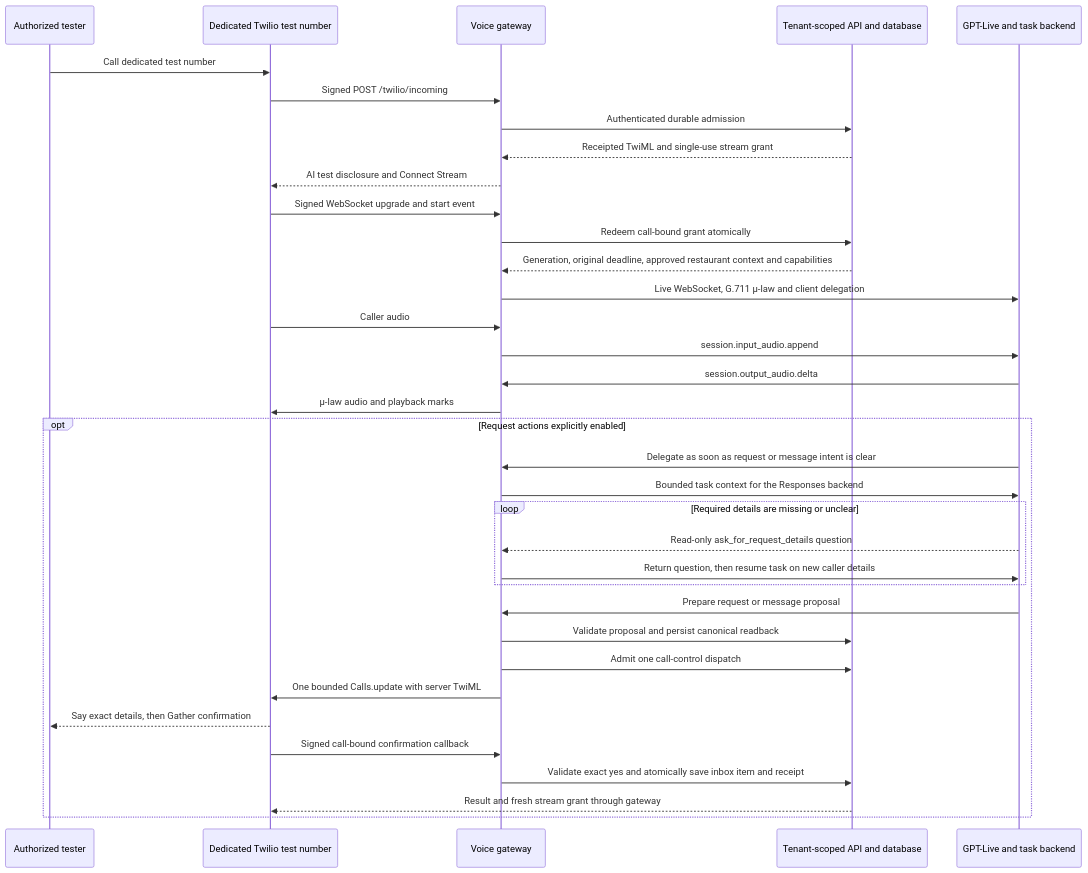
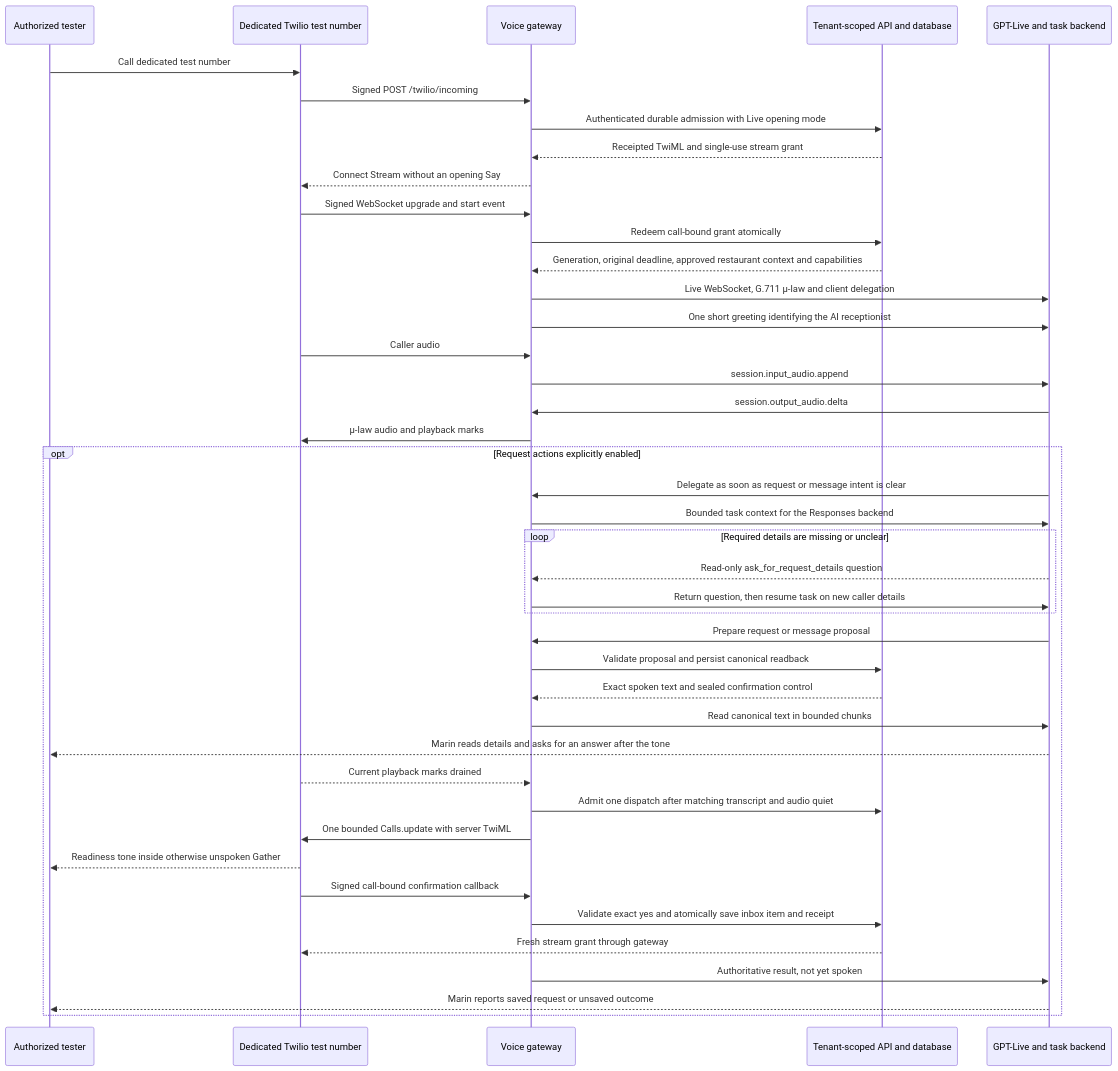
Before and after one commit to SahilWikhe/IVR_POC: the diagram in docs/VOICE_SETUP.md, drawn with Mermaid. The commit also changed other lines of this file and 25 other files, not shown here.

First line of the commit message:
feat: unify GPT-Live call voice and improve diagnostics

````diff
--- a/docs/VOICE_SETUP.md
+++ b/docs/VOICE_SETUP.md
@@ -15,37 +15,44 @@
 ```mermaid
 sequenceDiagram
     participant Caller as Authorized tester
     participant Twilio as Dedicated Twilio test number
     participant Gateway as Voice gateway
     participant API as Tenant-scoped API and database
     participant OpenAI as GPT-Live and task backend
     Caller->>Twilio: Call dedicated test number
     Twilio->>Gateway: Signed POST /twilio/incoming
-    Gateway->>API: Authenticated durable admission
+    Gateway->>API: Authenticated durable admission with Live opening mode
     API-->>Gateway: Receipted TwiML and single-use stream grant
-    Gateway-->>Twilio: AI test disclosure and Connect Stream
+    Gateway-->>Twilio: Connect Stream without an opening Say
     Twilio->>Gateway: Signed WebSocket upgrade and start event
     Gateway->>API: Redeem call-bound grant atomically
     API-->>Gateway: Generation, original deadline, approved restaurant context and capabilities
     Gateway->>OpenAI: Live WebSocket, G.711 μ-law and client delegation
+    Gateway->>OpenAI: One short greeting identifying the AI receptionist
     Twilio->>Gateway: Caller audio
     Gateway->>OpenAI: session.input_audio.append
     OpenAI->>Gateway: session.output_audio.delta
     Gateway->>Twilio: μ-law audio and playback marks
     opt Request actions explicitly enabled
         OpenAI->>Gateway: Delegate as soon as request or message intent is clear
         Gateway->>OpenAI: Bounded task context for the Responses backend
         loop Required details are missing or unclear
             OpenAI-->>Gateway: Read-only ask_for_request_details question
             Gateway->>OpenAI: Return question, then resume task on new caller details
         end
         OpenAI->>Gateway: Prepare request or message proposal
         Gateway->>API: Validate proposal and persist canonical readback
-        Gateway->>API: Admit one call-control dispatch
+        API-->>Gateway: Exact spoken text and sealed confirmation control
+        Gateway->>OpenAI: Read canonical text in bounded chunks
+        OpenAI-->>Caller: Marin reads details and asks for an answer after the tone
+        Twilio-->>Gateway: Current playback marks drained
+        Gateway->>API: Admit one dispatch after matching transcript and audio quiet
         Gateway->>Twilio: One bounded Calls.update with server TwiML
-        Twilio-->>Caller: Say exact details, then Gather confirmation
+        Twilio-->>Caller: Readiness tone inside otherwise unspoken Gather
         Twilio->>Gateway: Signed call-bound confirmation callback
         Gateway->>API: Validate exact yes and atomically save inbox item and receipt
-        API-->>Twilio: Result and fresh stream grant through gateway
+        API-->>Twilio: Fresh stream grant through gateway
+        Gateway->>OpenAI: Authoritative result, not yet spoken
+        OpenAI-->>Caller: Marin reports saved request or unsaved outcome
     end
 ```
````
